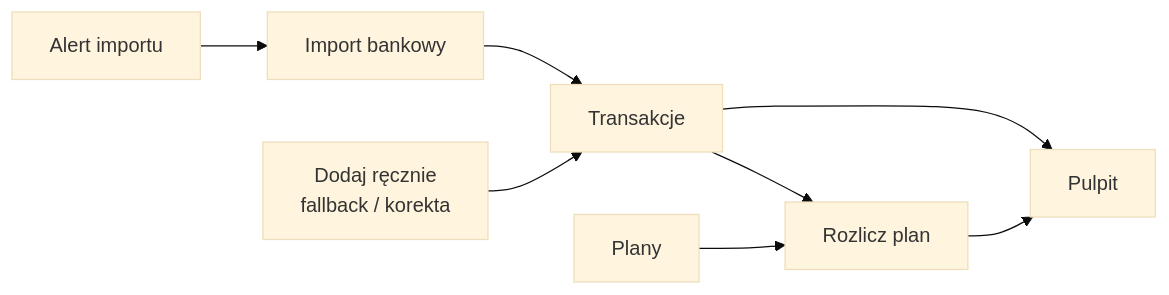
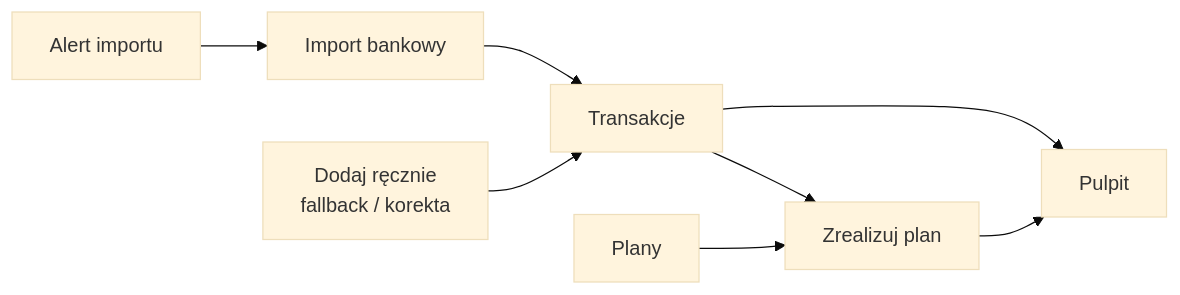
The diagram in README.md (adrianghub/portfelik), drawn with Mermaid (base theme) before and after one commit. The commit also changed other lines of this file and 86 other files, not shown here.

````diff
--- a/README.md
+++ b/README.md
@@ -11,10 +11,10 @@
 ```mermaid
 flowchart LR
   Import[Import bankowy] --> Transactions[Transakcje]
   Manual[Dodaj ręcznie<br/>fallback / korekta] --> Transactions
   Alerts[Alert importu] --> Import
-  Plans[Plany] --> Settlement[Rozlicz plan]
+  Plans[Plany] --> Settlement[Zrealizuj plan]
   Transactions --> Settlement
   Transactions --> Dashboard[Pulpit]
   Settlement --> Dashboard
 ```
````
